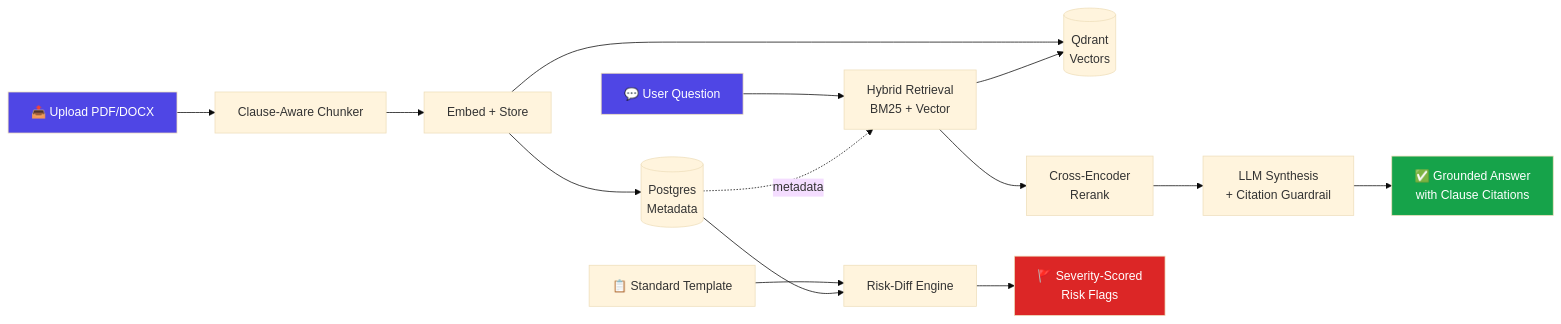
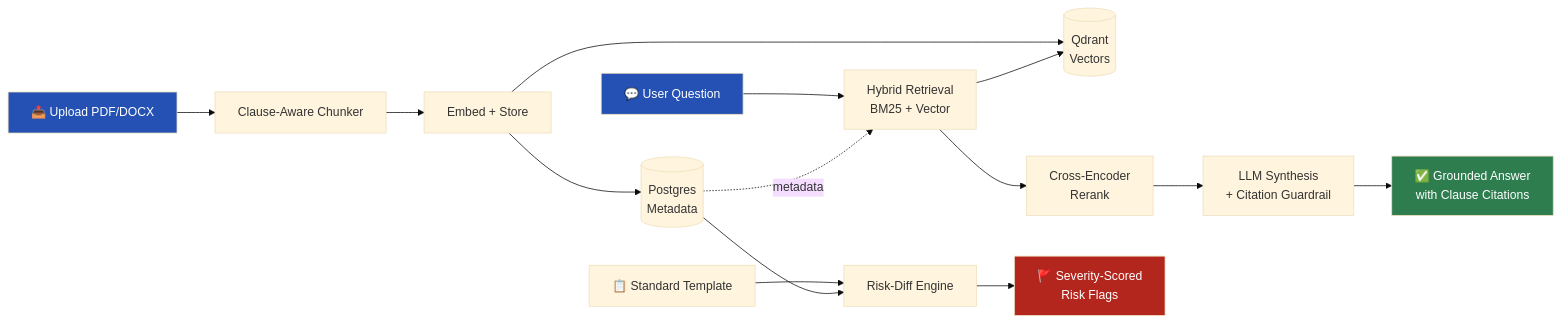
The diagram in README.md (MayankHenry/ClauseIQ), drawn with Mermaid (base theme) before and after one commit. The commit also changed other lines of this file and 47 other files, not shown here.

````diff
--- a/README.md
+++ b/README.md
@@ -57,24 +58,24 @@
 ```mermaid
 flowchart LR
     A[📤 Upload PDF/DOCX] --> B[Clause-Aware Chunker]
     B --> C[Embed + Store]
     C --> D[(Qdrant<br/>Vectors)]
     C --> E[(Postgres<br/>Metadata)]
 
     F[💬 User Question] --> G[Hybrid Retrieval<br/>BM25 + Vector]
     G --> D
     G --> H[Cross-Encoder<br/>Rerank]
     H --> I[LLM Synthesis<br/>+ Citation Guardrail]
     I --> J[✅ Grounded Answer<br/>with Clause Citations]
 
     E -.metadata.-> G
 
     K[📋 Standard Template] --> L[Risk-Diff Engine]
     E --> L
     L --> M[🚩 Severity-Scored<br/>Risk Flags]
 
-    style A fill:#4f46e5,color:#fff
-    style F fill:#4f46e5,color:#fff
-    style J fill:#16a34a,color:#fff
-    style M fill:#dc2626,color:#fff
+    style A fill:#2451B3,color:#fff
+    style F fill:#2451B3,color:#fff
+    style J fill:#2E7D4F,color:#fff
+    style M fill:#B3261E,color:#fff
 ```
````
